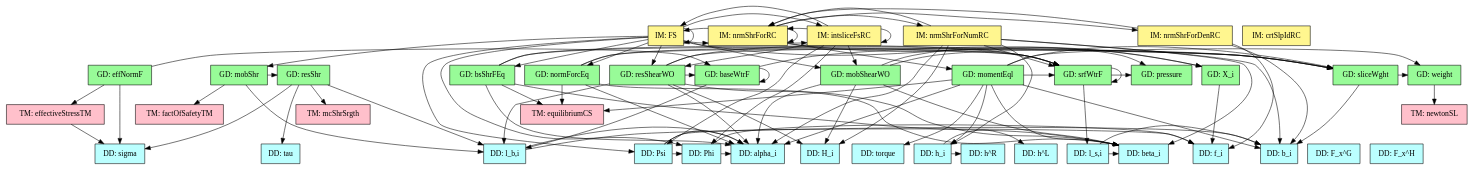
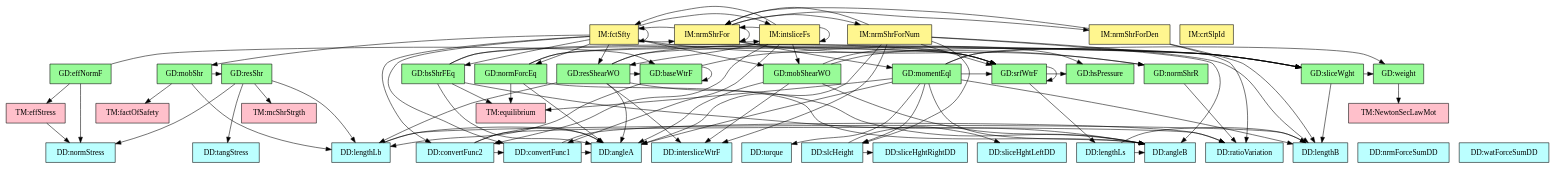
One commit to JacquesCarette/Drasil changed the diagram in code/stable/ssp/TraceyGraph/refvsref.dot. Above: the diagram before and after it, drawn with Graphviz. The commit also changed 43 other files, not shown here.

```diff
--- a/code/stable/ssp/TraceyGraph/refvsref.dot
+++ b/code/stable/ssp/TraceyGraph/refvsref.dot
@@ -1,168 +1,168 @@
 digraph refvsref {
 	l_bi -> alpha_i;
 	l_bi -> b_i;
 	l_si -> beta_i;
 	l_si -> b_i;
 	h_i -> hR;
 	h_i -> hL;
 	Phi -> alpha_i;
 	Phi -> f_i;
 	Psi -> alpha_i;
 	Psi -> f_i;
 	Psi -> Phi;
 	effectiveStressTM -> sigma;
 	normForcEq -> alpha_i;
 	normForcEq -> beta_i;
 	normForcEq -> equilibriumCS;
 	normForcEq -> sliceWght;
 	normForcEq -> srfWtrF;
 	bsShrFEq -> alpha_i;
 	bsShrFEq -> beta_i;
 	bsShrFEq -> equilibriumCS;
 	bsShrFEq -> sliceWght;
 	bsShrFEq -> srfWtrF;
 	resShr -> l_bi;
 	resShr -> sigma;
 	resShr -> tau;
 	resShr -> mcShrSrgth;
 	mobShr -> l_bi;
 	mobShr -> factOfSafetyTM;
 	mobShr -> resShr;
 	effNormF -> sigma;
 	effNormF -> effectiveStressTM;
 	effNormF -> baseWtrF;
 	resShearWO -> H_i;
 	resShearWO -> alpha_i;
 	resShearWO -> beta_i;
 	resShearWO -> l_bi;
 	resShearWO -> sliceWght;
 	resShearWO -> baseWtrF;
 	resShearWO -> srfWtrF;
 	mobShearWO -> H_i;
 	mobShearWO -> alpha_i;
 	mobShearWO -> beta_i;
 	mobShearWO -> sliceWght;
 	mobShearWO -> srfWtrF;
 	X_i -> f_i;
 	momentEql -> alpha_i;
 	momentEql -> beta_i;
 	momentEql -> b_i;
 	momentEql -> h_i;
 	momentEql -> torque;
 	momentEql -> equilibriumCS;
 	momentEql -> weight;
 	momentEql -> sliceWght;
 	momentEql -> srfWtrF;
 	weight -> newtonSL;
 	sliceWght -> b_i;
 	sliceWght -> weight;
 	baseWtrF -> l_bi;
 	baseWtrF -> pressure;
 	baseWtrF -> baseWtrF;
 	srfWtrF -> l_si;
 	srfWtrF -> pressure;
 	srfWtrF -> srfWtrF;
 	FS -> Phi;
 	FS -> Psi;
 	FS -> normForcEq;
 	FS -> bsShrFEq;
 	FS -> mobShr;
 	FS -> resShearWO;
 	FS -> mobShearWO;
 	FS -> X_i;
 	FS -> FS;
 	FS -> nrmShrForRC;
 	FS -> intsliceFsRC;
 	nrmShrForRC -> X_i;
 	nrmShrForRC -> momentEql;
 	nrmShrForRC -> FS;
 	nrmShrForRC -> nrmShrForRC;
 	nrmShrForRC -> nrmShrForNumRC;
 	nrmShrForRC -> nrmShrForDenRC;
 	nrmShrForRC -> intsliceFsRC;
 	nrmShrForNumRC -> H_i;
 	nrmShrForNumRC -> alpha_i;
 	nrmShrForNumRC -> beta_i;
 	nrmShrForNumRC -> b_i;
 	nrmShrForNumRC -> h_i;
 	nrmShrForNumRC -> srfWtrF;
 	nrmShrForNumRC -> nrmShrForRC;
 	nrmShrForDenRC -> b_i;
 	nrmShrForDenRC -> f_i;
 	nrmShrForDenRC -> nrmShrForRC;
 	intsliceFsRC -> Phi;
 	intsliceFsRC -> Psi;
 	intsliceFsRC -> resShearWO;
 	intsliceFsRC -> mobShearWO;
 	intsliceFsRC -> FS;
 	intsliceFsRC -> nrmShrForRC;
 	intsliceFsRC -> intsliceFsRC;
 
 
-	H_i	[shape=box, color=black, style=filled, fillcolor=paleturquoise1, label="DD: H_i"];
-	alpha_i	[shape=box, color=black, style=filled, fillcolor=paleturquoise1, label="DD: alpha_i"];
-	beta_i	[shape=box, color=black, style=filled, fillcolor=paleturquoise1, label="DD: beta_i"];
-	b_i	[shape=box, color=black, style=filled, fillcolor=paleturquoise1, label="DD: b_i"];
-	l_bi	[shape=box, color=black, style=filled, fillcolor=paleturquoise1, label="DD: l_b,i"];
-	l_si	[shape=box, color=black, style=filled, fillcolor=paleturquoise1, label="DD: l_s,i"];
-	h_i	[shape=box, color=black, style=filled, fillcolor=paleturquoise1, label="DD: h_i"];
-	sigma	[shape=box, color=black, style=filled, fillcolor=paleturquoise1, label="DD: sigma"];
-	tau	[shape=box, color=black, style=filled, fillcolor=paleturquoise1, label="DD: tau"];
-	torque	[shape=box, color=black, style=filled, fillcolor=paleturquoise1, label="DD: torque"];
-	f_i	[shape=box, color=black, style=filled, fillcolor=paleturquoise1, label="DD: f_i"];
-	Phi	[shape=box, color=black, style=filled, fillcolor=paleturquoise1, label="DD: Phi"];
-	Psi	[shape=box, color=black, style=filled, fillcolor=paleturquoise1, label="DD: Psi"];
-	F_xG	[shape=box, color=black, style=filled, fillcolor=paleturquoise1, label="DD: F_x^G"];
-	F_xH	[shape=box, color=black, style=filled, fillcolor=paleturquoise1, label="DD: F_x^H"];
-	hR	[shape=box, color=black, style=filled, fillcolor=paleturquoise1, label="DD: h^R"];
-	hL	[shape=box, color=black, style=filled, fillcolor=paleturquoise1, label="DD: h^L"];
+	H_i	[shape=box, color=black, style=filled, fillcolor=paleturquoise1, label="DD:intersliceWtrF"];
+	alpha_i	[shape=box, color=black, style=filled, fillcolor=paleturquoise1, label="DD:angleA"];
+	beta_i	[shape=box, color=black, style=filled, fillcolor=paleturquoise1, label="DD:angleB"];
+	b_i	[shape=box, color=black, style=filled, fillcolor=paleturquoise1, label="DD:lengthB"];
+	l_bi	[shape=box, color=black, style=filled, fillcolor=paleturquoise1, label="DD:lengthLb"];
+	l_si	[shape=box, color=black, style=filled, fillcolor=paleturquoise1, label="DD:lengthLs"];
+	h_i	[shape=box, color=black, style=filled, fillcolor=paleturquoise1, label="DD:slcHeight"];
+	sigma	[shape=box, color=black, style=filled, fillcolor=paleturquoise1, label="DD:normStress"];
+	tau	[shape=box, color=black, style=filled, fillcolor=paleturquoise1, label="DD:tangStress"];
+	torque	[shape=box, color=black, style=filled, fillcolor=paleturquoise1, label="DD:torque"];
+	f_i	[shape=box, color=black, style=filled, fillcolor=paleturquoise1, label="DD:ratioVariation"];
+	Phi	[shape=box, color=black, style=filled, fillcolor=paleturquoise1, label="DD:convertFunc1"];
+	Psi	[shape=box, color=black, style=filled, fillcolor=paleturquoise1, label="DD:convertFunc2"];
+	F_xG	[shape=box, color=black, style=filled, fillcolor=paleturquoise1, label="DD:nrmForceSumDD"];
+	F_xH	[shape=box, color=black, style=filled, fillcolor=paleturquoise1, label="DD:watForceSumDD"];
+	hR	[shape=box, color=black, style=filled, fillcolor=paleturquoise1, label="DD:sliceHghtRightDD"];
+	hL	[shape=box, color=black, style=filled, fillcolor=paleturquoise1, label="DD:sliceHghtLeftDD"];
 
 	subgraph DD {
 	rank="same"
 	{H_i, alpha_i, beta_i, b_i, l_bi, l_si, h_i, sigma, tau, torque, f_i, Phi, Psi, F_xG, F_xH, hR, hL}
 	}
 
-	factOfSafetyTM	[shape=box, color=black, style=filled, fillcolor=pink, label="TM: factOfSafetyTM"];
-	equilibriumCS	[shape=box, color=black, style=filled, fillcolor=pink, label="TM: equilibriumCS"];
-	mcShrSrgth	[shape=box, color=black, style=filled, fillcolor=pink, label="TM: mcShrSrgth"];
-	effectiveStressTM	[shape=box, color=black, style=filled, fillcolor=pink, label="TM: effectiveStressTM"];
-	newtonSL	[shape=box, color=black, style=filled, fillcolor=pink, label="TM: newtonSL"];
+	factOfSafetyTM	[shape=box, color=black, style=filled, fillcolor=pink, label="TM:factOfSafety"];
+	equilibriumCS	[shape=box, color=black, style=filled, fillcolor=pink, label="TM:equilibrium"];
+	mcShrSrgth	[shape=box, color=black, style=filled, fillcolor=pink, label="TM:mcShrStrgth"];
+	effectiveStressTM	[shape=box, color=black, style=filled, fillcolor=pink, label="TM:effStress"];
+	newtonSL	[shape=box, color=black, style=filled, fillcolor=pink, label="TM:NewtonSecLawMot"];
 
 	subgraph TM {
 	rank="same"
 	{factOfSafetyTM, equilibriumCS, mcShrSrgth, effectiveStressTM, newtonSL}
 	}
 
-	normForcEq	[shape=box, color=black, style=filled, fillcolor=palegreen, label="GD: normForcEq"];
-	bsShrFEq	[shape=box, color=black, style=filled, fillcolor=palegreen, label="GD: bsShrFEq"];
-	resShr	[shape=box, color=black, style=filled, fillcolor=palegreen, label="GD: resShr"];
-	mobShr	[shape=box, color=black, style=filled, fillcolor=palegreen, label="GD: mobShr"];
-	effNormF	[shape=box, color=black, style=filled, fillcolor=palegreen, label="GD: effNormF"];
-	resShearWO	[shape=box, color=black, style=filled, fillcolor=palegreen, label="GD: resShearWO"];
-	mobShearWO	[shape=box, color=black, style=filled, fillcolor=palegreen, label="GD: mobShearWO"];
-	X_i	[shape=box, color=black, style=filled, fillcolor=palegreen, label="GD: X_i"];
-	momentEql	[shape=box, color=black, style=filled, fillcolor=palegreen, label="GD: momentEql"];
-	weight	[shape=box, color=black, style=filled, fillcolor=palegreen, label="GD: weight"];
-	sliceWght	[shape=box, color=black, style=filled, fillcolor=palegreen, label="GD: sliceWght"];
-	pressure	[shape=box, color=black, style=filled, fillcolor=palegreen, label="GD: pressure"];
-	baseWtrF	[shape=box, color=black, style=filled, fillcolor=palegreen, label="GD: baseWtrF"];
-	srfWtrF	[shape=box, color=black, style=filled, fillcolor=palegreen, label="GD: srfWtrF"];
+	normForcEq	[shape=box, color=black, style=filled, fillcolor=palegreen, label="GD:normForcEq"];
+	bsShrFEq	[shape=box, color=black, style=filled, fillcolor=palegreen, label="GD:bsShrFEq"];
+	resShr	[shape=box, color=black, style=filled, fillcolor=palegreen, label="GD:resShr"];
+	mobShr	[shape=box, color=black, style=filled, fillcolor=palegreen, label="GD:mobShr"];
+	effNormF	[shape=box, color=black, style=filled, fillcolor=palegreen, label="GD:effNormF"];
+	resShearWO	[shape=box, color=black, style=filled, fillcolor=palegreen, label="GD:resShearWO"];
+	mobShearWO	[shape=box, color=black, style=filled, fillcolor=palegreen, label="GD:mobShearWO"];
+	X_i	[shape=box, color=black, style=filled, fillcolor=palegreen, label="GD:normShrR"];
+	momentEql	[shape=box, color=black, style=filled, fillcolor=palegreen, label="GD:momentEql"];
+	weight	[shape=box, color=black, style=filled, fillcolor=palegreen, label="GD:weight"];
+	sliceWght	[shape=box, color=black, style=filled, fillcolor=palegreen, label="GD:sliceWght"];
+	pressure	[shape=box, color=black, style=filled, fillcolor=palegreen, label="GD:hsPressure"];
+	baseWtrF	[shape=box, color=black, style=filled, fillcolor=palegreen, label="GD:baseWtrF"];
+	srfWtrF	[shape=box, color=black, style=filled, fillcolor=palegreen, label="GD:srfWtrF"];
 
 	subgraph GD {
 	rank="same"
 	{normForcEq, bsShrFEq, resShr, mobShr, effNormF, resShearWO, mobShearWO, X_i, momentEql, weight, sliceWght, pressure, baseWtrF, srfWtrF}
 	}
 
-	FS	[shape=box, color=black, style=filled, fillcolor=khaki1, label="IM: FS"];
-	nrmShrForRC	[shape=box, color=black, style=filled, fillcolor=khaki1, label="IM: nrmShrForRC"];
-	nrmShrForNumRC	[shape=box, color=black, style=filled, fillcolor=khaki1, label="IM: nrmShrForNumRC"];
-	nrmShrForDenRC	[shape=box, color=black, style=filled, fillcolor=khaki1, label="IM: nrmShrForDenRC"];
-	intsliceFsRC	[shape=box, color=black, style=filled, fillcolor=khaki1, label="IM: intsliceFsRC"];
-	crtSlpIdRC	[shape=box, color=black, style=filled, fillcolor=khaki1, label="IM: crtSlpIdRC"];
+	FS	[shape=box, color=black, style=filled, fillcolor=khaki1, label="IM:fctSfty"];
+	nrmShrForRC	[shape=box, color=black, style=filled, fillcolor=khaki1, label="IM:nrmShrFor"];
+	nrmShrForNumRC	[shape=box, color=black, style=filled, fillcolor=khaki1, label="IM:nrmShrForNum"];
+	nrmShrForDenRC	[shape=box, color=black, style=filled, fillcolor=khaki1, label="IM:nrmShrForDen"];
+	intsliceFsRC	[shape=box, color=black, style=filled, fillcolor=khaki1, label="IM:intsliceFs"];
+	crtSlpIdRC	[shape=box, color=black, style=filled, fillcolor=khaki1, label="IM:crtSlpId"];
 
 	subgraph IM {
 	rank="same"
 	{FS, nrmShrForRC, nrmShrForNumRC, nrmShrForDenRC, intsliceFsRC, crtSlpIdRC}
 	}
 
 }
```
